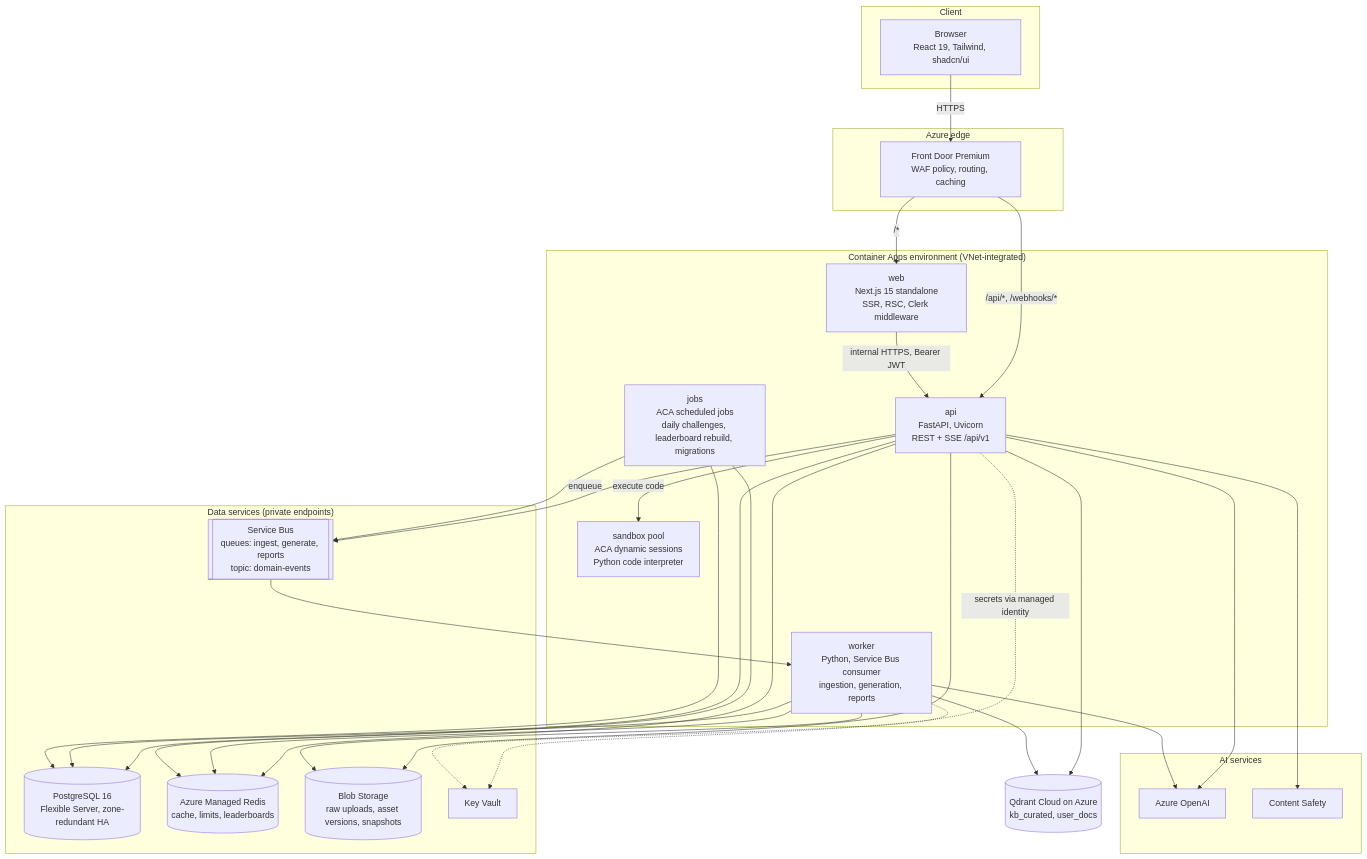
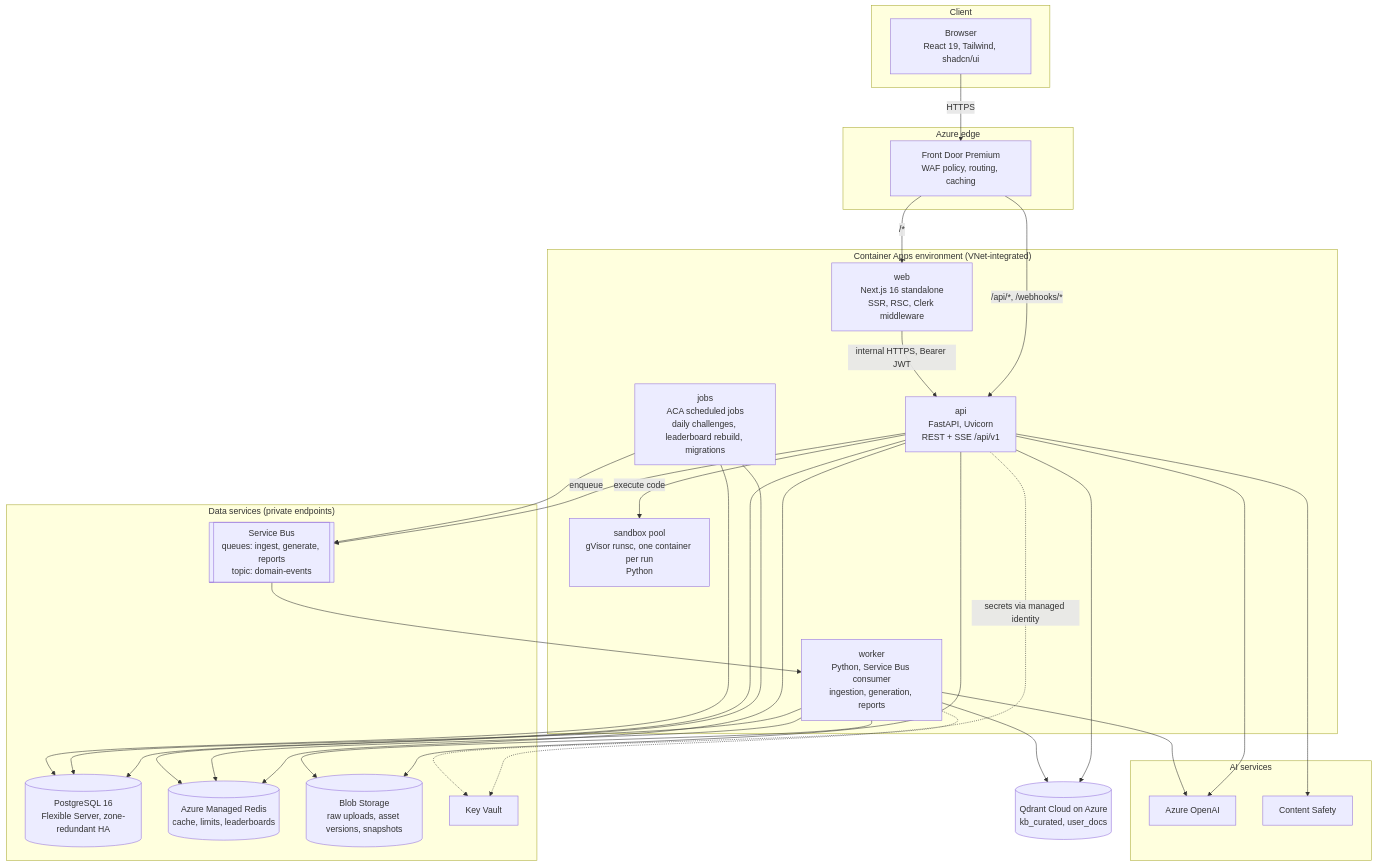
The third of 31 diagrams in docs/SystemArchitecture.md (Nditah/AI-Mentor), drawn with Mermaid before and after one commit. The commit also changed other lines of this file and 333 other files, not shown here.

````diff
--- a/docs/SystemArchitecture.md
+++ b/docs/SystemArchitecture.md
@@ -200,57 +202,57 @@
 ```mermaid
 flowchart TB
     subgraph Client["Client"]
         BR["Browser<br/>React 19, Tailwind, shadcn/ui"]
     end
 
     subgraph Edge["Azure edge"]
         FD["Front Door Premium<br/>WAF policy, routing, caching"]
     end
 
     subgraph ACA["Container Apps environment (VNet-integrated)"]
-        WEB["web<br/>Next.js 15 standalone<br/>SSR, RSC, Clerk middleware"]
+        WEB["web<br/>Next.js 16 standalone<br/>SSR, RSC, Clerk middleware"]
         API["api<br/>FastAPI, Uvicorn<br/>REST + SSE /api/v1"]
         WRK["worker<br/>Python, Service Bus consumer<br/>ingestion, generation, reports"]
         JOBS["jobs<br/>ACA scheduled jobs<br/>daily challenges, leaderboard rebuild, migrations"]
-        SBX["sandbox pool<br/>ACA dynamic sessions<br/>Python code interpreter"]
+        SBX["sandbox pool<br/>gVisor runsc, one container per run<br/>Python"]
     end
 
     subgraph Data["Data services (private endpoints)"]
         PG[("PostgreSQL 16<br/>Flexible Server, zone-redundant HA")]
         RD[("Azure Managed Redis<br/>cache, limits, leaderboards")]
         BLOB[("Blob Storage<br/>raw uploads, asset versions, snapshots")]
         SB[["Service Bus<br/>queues: ingest, generate, reports<br/>topic: domain-events"]]
         KV["Key Vault"]
     end
 
     QD[("Qdrant Cloud on Azure<br/>kb_curated, user_docs")]
 
     subgraph AI["AI services"]
         AOAI["Azure OpenAI"]
         CS["Content Safety"]
     end
 
     BR -->|"HTTPS"| FD
     FD -->|"/*"| WEB
     FD -->|"/api/*, /webhooks/*"| API
     WEB -->|"internal HTTPS, Bearer JWT"| API
     API --> PG
     API --> RD
     API --> BLOB
     API -->|"enqueue"| SB
     API --> QD
     API --> AOAI
     API --> CS
     API -->|"execute code"| SBX
     SB --> WRK
     WRK --> PG
     WRK --> QD
     WRK --> BLOB
     WRK --> AOAI
     WRK --> RD
     JOBS --> PG
     JOBS --> RD
     JOBS --> SB
     API -.->|"secrets via managed identity"| KV
     WRK -.-> KV
 ```
````
